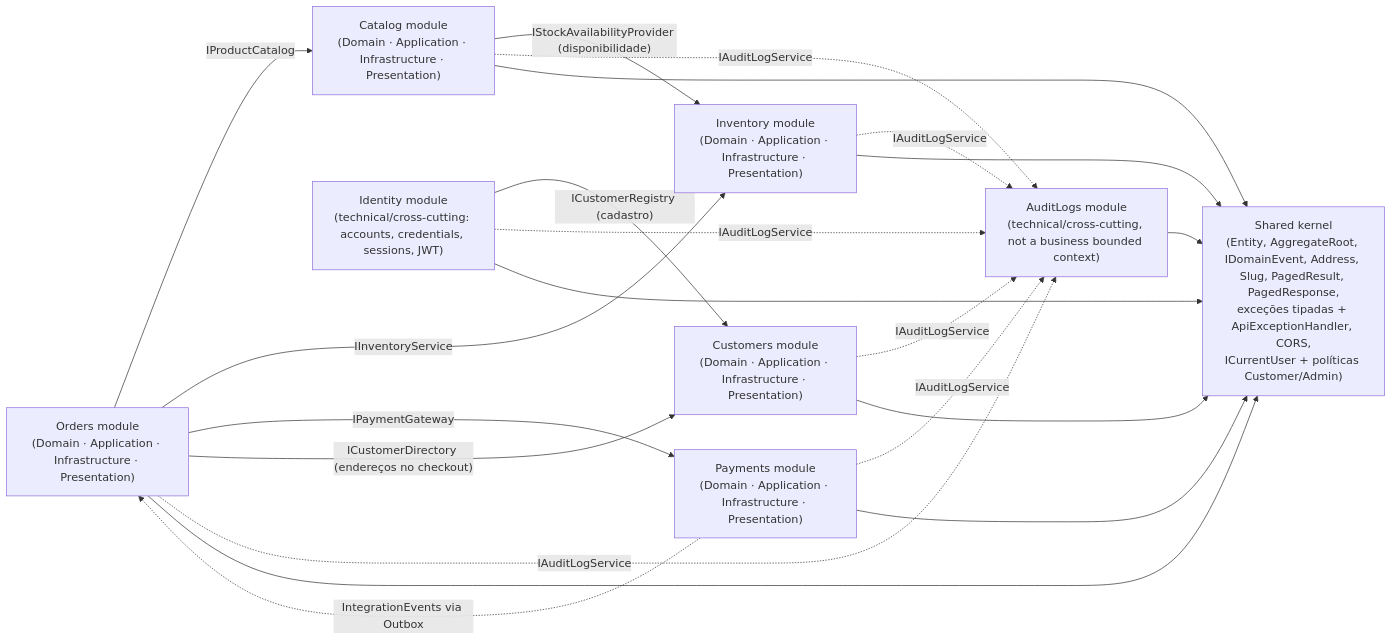
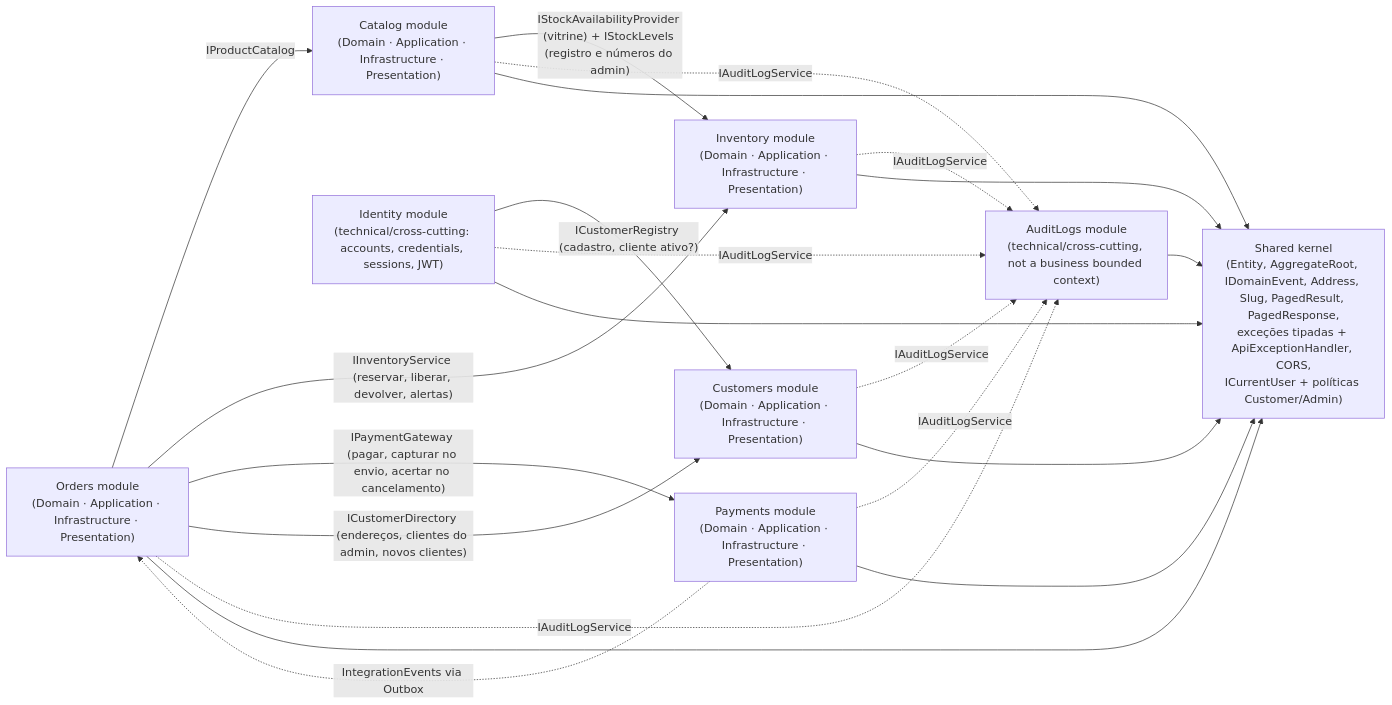
Before and after one commit to Leo-Slv/OrderCore: the diagram in Docs/diagrams/implementation-class/00-overview.md, drawn with Mermaid. The commit also changed other lines of this file and 8 other files, not shown here.

Commit message:
docs(diagrams): reflect the backoffice in every module diagram and the overview

````diff
--- a/Docs/diagrams/implementation-class/00-overview.md
+++ b/Docs/diagrams/implementation-class/00-overview.md
@@ -5,33 +5,33 @@
 ```mermaid
 graph LR
     Customers["Customers module\n(Domain · Application · Infrastructure · Presentation)"]
     Catalog["Catalog module\n(Domain · Application · Infrastructure · Presentation)"]
     Inventory["Inventory module\n(Domain · Application · Infrastructure · Presentation)"]
     Orders["Orders module\n(Domain · Application · Infrastructure · Presentation)"]
     Payments["Payments module\n(Domain · Application · Infrastructure · Presentation)"]
     AuditLogs["AuditLogs module\n(technical/cross-cutting, not a business bounded context)"]
     Identity["Identity module\n(technical/cross-cutting: accounts, credentials, sessions, JWT)"]
     Shared["Shared kernel\n(Entity, AggregateRoot, IDomainEvent, Address, Slug, PagedResult, PagedResponse,\nexceções tipadas + ApiExceptionHandler, CORS,\nICurrentUser + políticas Customer/Admin)"]
 
     Orders -->|IProductCatalog| Catalog
-    Orders -->|IInventoryService| Inventory
-    Orders -->|IPaymentGateway| Payments
-    Orders -->|"ICustomerDirectory (endereços no checkout)"| Customers
-    Catalog -->|"IStockAvailabilityProvider (disponibilidade)"| Inventory
+    Orders -->|"IInventoryService (reservar, liberar, devolver, alertas)"| Inventory
+    Orders -->|"IPaymentGateway (pagar, capturar no envio, acertar no cancelamento)"| Payments
+    Orders -->|"ICustomerDirectory (endereços, clientes do admin, novos clientes)"| Customers
+    Catalog -->|"IStockAvailabilityProvider (vitrine) + IStockLevels (registro e números do admin)"| Inventory
     Payments -.->|IntegrationEvents via Outbox| Orders
     Orders -.->|IAuditLogService| AuditLogs
     Payments -.->|IAuditLogService| AuditLogs
     Inventory -.->|IAuditLogService| AuditLogs
     Catalog -.->|IAuditLogService| AuditLogs
     Customers -.->|IAuditLogService| AuditLogs
-    Identity -->|"ICustomerRegistry (cadastro)"| Customers
+    Identity -->|"ICustomerRegistry (cadastro, cliente ativo?)"| Customers
     Identity -.->|IAuditLogService| AuditLogs
 
     Customers --> Shared
     Catalog --> Shared
     Inventory --> Shared
     Orders --> Shared
     Payments --> Shared
     AuditLogs --> Shared
     Identity --> Shared
 ```
````
